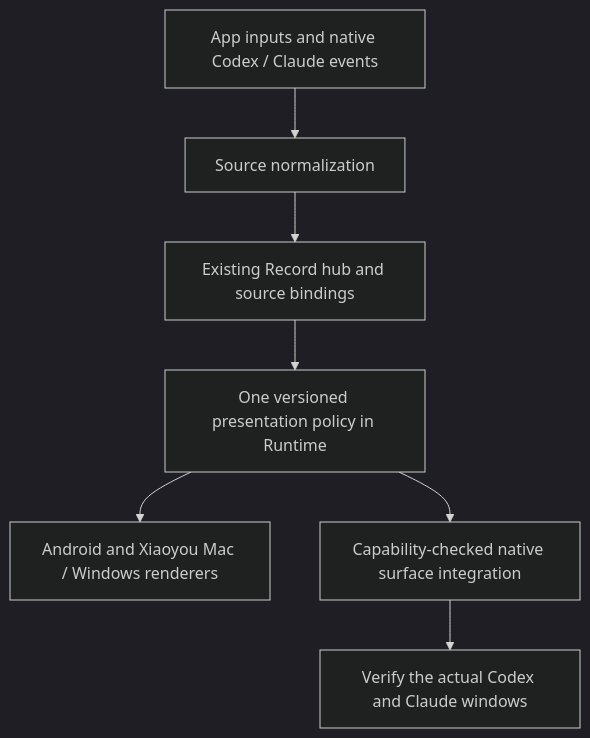
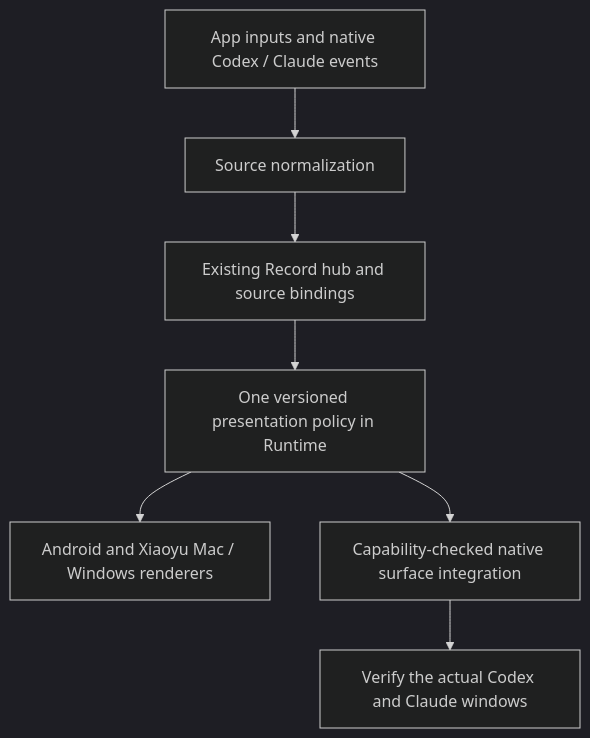
The diagram in docs/development/conversation-presentation.md (yanyuliu01/ai-passport), drawn with Mermaid (dark theme) before and after one commit. The commit also changed other lines of this file and 477 other files, not shown here.

````diff
--- a/docs/development/conversation-presentation.md
+++ b/docs/development/conversation-presentation.md
@@ -81,9 +81,9 @@
 ```mermaid
 flowchart TB
     Sources[App inputs and native Codex / Claude events] --> Adapters[Source normalization]
     Adapters --> Record[Existing Record hub and source bindings]
     Record --> Policy[One versioned presentation policy in Runtime]
-    Policy --> Clients[Android and Xiaoyou Mac / Windows renderers]
+    Policy --> Clients[Android and Xiaoyu Mac / Windows renderers]
     Policy --> Native[Capability-checked native surface integration]
     Native --> Check[Verify the actual Codex and Claude windows]
 ```
````
